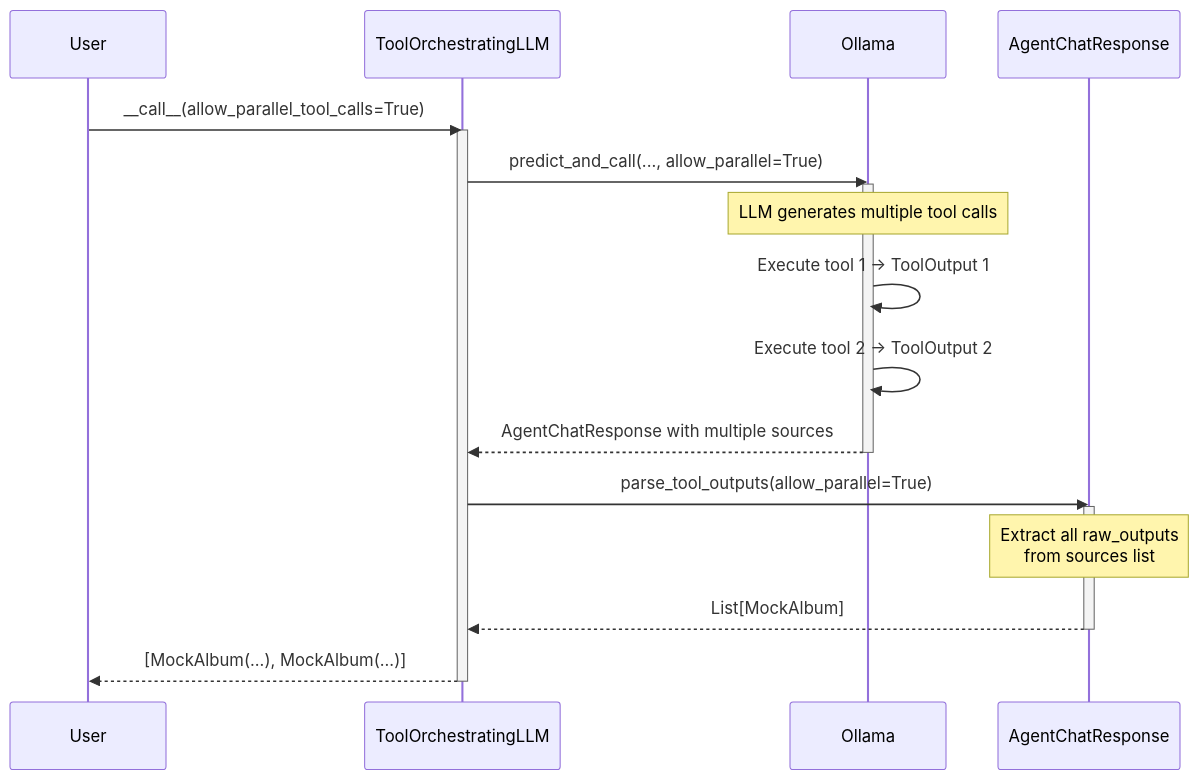
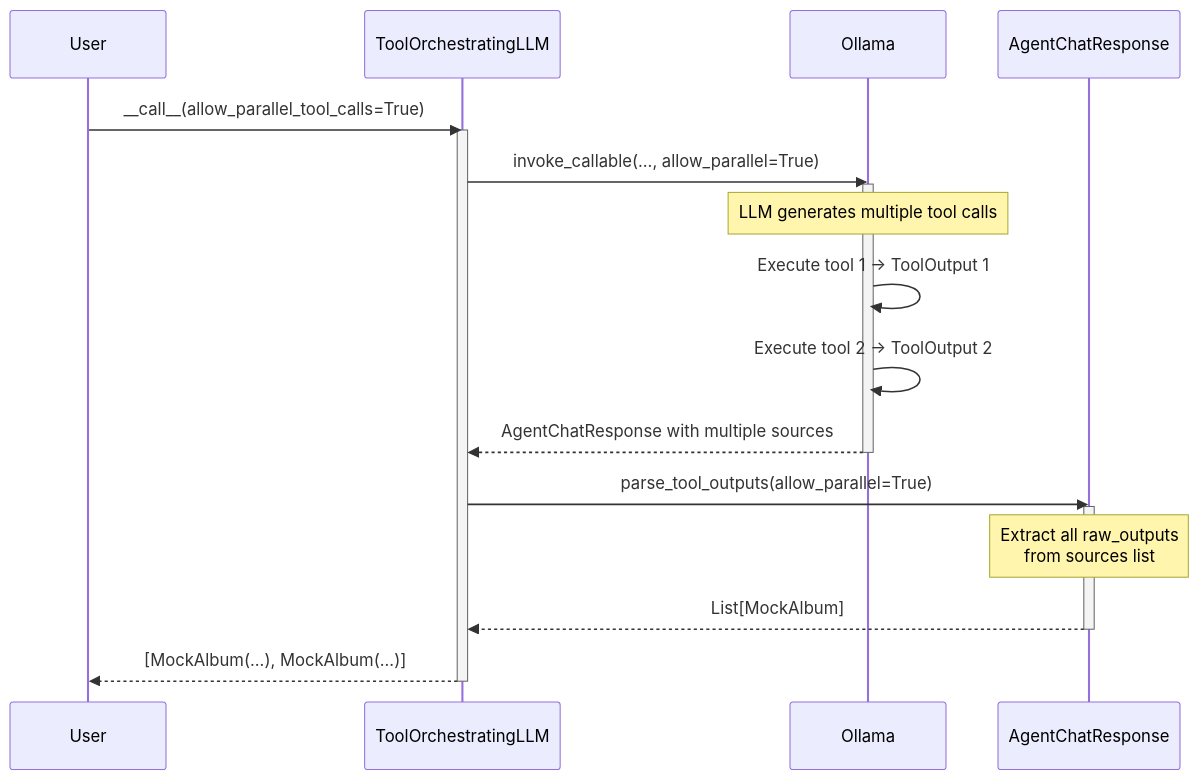
Before and after one commit to Serapieum-of-alex/serapeum: the second of 2 diagrams in docs/reference/core/llms/orchestrators/tool_orchestrating_llm/tool_orchestrating_llm_sequence.md, drawn with Mermaid. The commit also changed other lines of this file and 55 other files, not shown here.

````diff
--- a/docs/reference/core/llms/orchestrators/tool_orchestrating_llm/tool_orchestrating_llm_sequence.md
+++ b/docs/reference/core/llms/orchestrators/tool_orchestrating_llm/tool_orchestrating_llm_sequence.md
@@ -108,29 +108,29 @@
 ```mermaid
 sequenceDiagram
     participant User
     participant ToolOrchestratingLLM
     participant Ollama
     participant AgentChatResponse
 
     User->>ToolOrchestratingLLM: __call__(allow_parallel_tool_calls=True)
     activate ToolOrchestratingLLM
 
-    ToolOrchestratingLLM->>Ollama: predict_and_call(..., allow_parallel=True)
+    ToolOrchestratingLLM->>Ollama: invoke_callable(..., allow_parallel=True)
     activate Ollama
     Note over Ollama: LLM generates multiple tool calls
 
     Ollama->>Ollama: Execute tool 1 → ToolOutput 1
     Ollama->>Ollama: Execute tool 2 → ToolOutput 2
 
     Ollama-->>ToolOrchestratingLLM: AgentChatResponse with multiple sources
     deactivate Ollama
 
     ToolOrchestratingLLM->>AgentChatResponse: parse_tool_outputs(allow_parallel=True)
     activate AgentChatResponse
     Note over AgentChatResponse: Extract all raw_outputs<br/>from sources list
     AgentChatResponse-->>ToolOrchestratingLLM: List[MockAlbum]
     deactivate AgentChatResponse
 
     ToolOrchestratingLLM-->>User: [MockAlbum(...), MockAlbum(...)]
     deactivate ToolOrchestratingLLM
 ```
````
